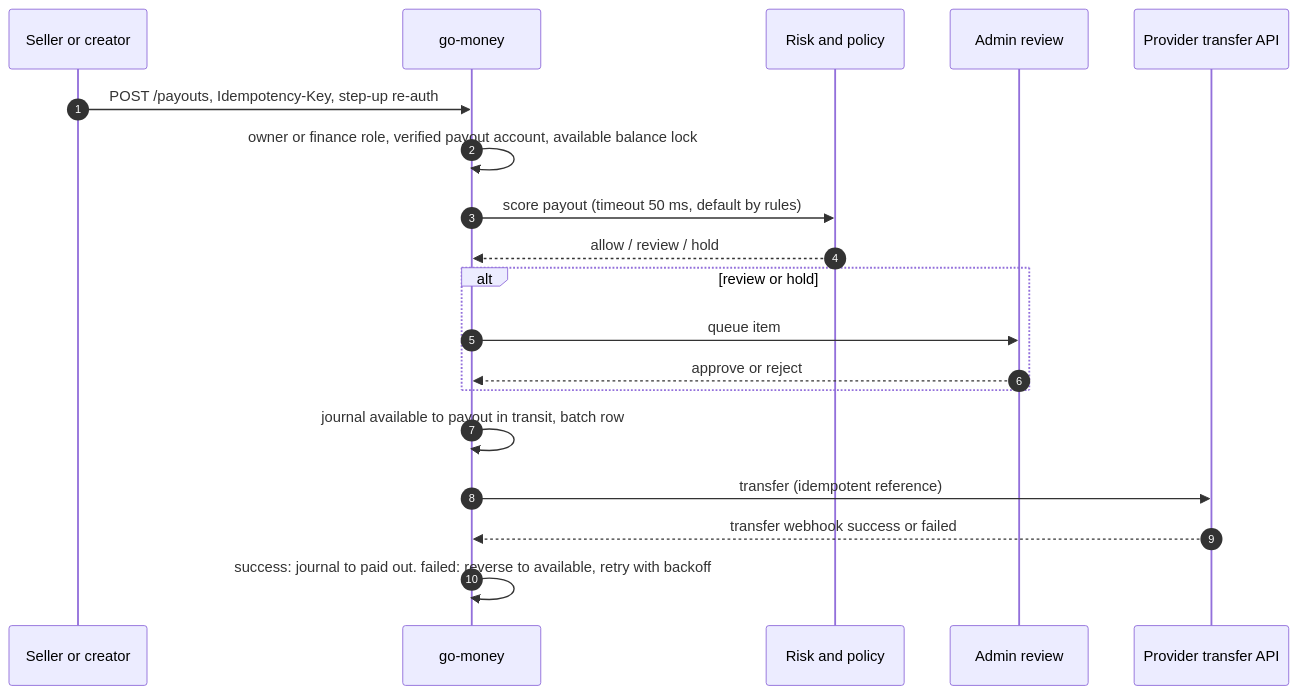
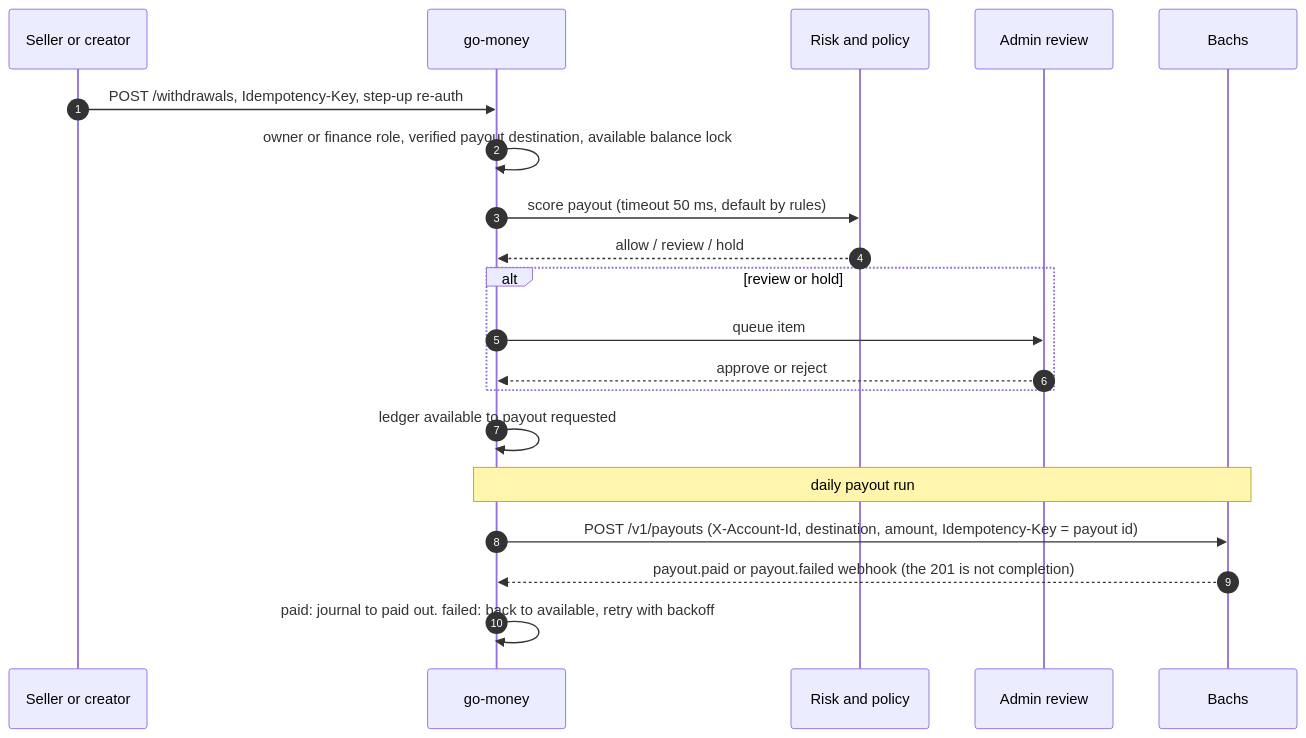
One commit to telente-technologies/nantty changed the seventh of 7 diagrams in docs/architecture/payments.md. Above: the diagram before and after it, drawn with Mermaid. The commit also changed other lines of this file and 3 other files, not shown here.

Commit message:
docs(docs): update architecture docs

````diff
--- a/docs/architecture/payments.md
+++ b/docs/architecture/payments.md
@@ -262,21 +272,22 @@
 ```mermaid
 sequenceDiagram
   autonumber
   participant U as Seller or creator
   participant M as go-money
   participant R as Risk and policy
   participant AD as Admin review
-  participant P as Provider transfer API
-  U->>M: POST /payouts, Idempotency-Key, step-up re-auth
-  M->>M: owner or finance role, verified payout account, available balance lock
+  participant B as Bachs
+  U->>M: POST /withdrawals, Idempotency-Key, step-up re-auth
+  M->>M: owner or finance role, verified payout destination, available balance lock
   M->>R: score payout (timeout 50 ms, default by rules)
   R-->>M: allow / review / hold
   alt review or hold
     M->>AD: queue item
     AD-->>M: approve or reject
   end
-  M->>M: journal available to payout in transit, batch row
-  M->>P: transfer (idempotent reference)
-  P-->>M: transfer webhook success or failed
-  M->>M: success: journal to paid out. failed: reverse to available, retry with backoff
+  M->>M: ledger available to payout requested
+  Note over M,B: daily payout run
+  M->>B: POST /v1/payouts (X-Account-Id, destination, amount, Idempotency-Key = payout id)
+  B-->>M: payout.paid or payout.failed webhook (the 201 is not completion)
+  M->>M: paid: journal to paid out. failed: back to available, retry with backoff
 ```
````
